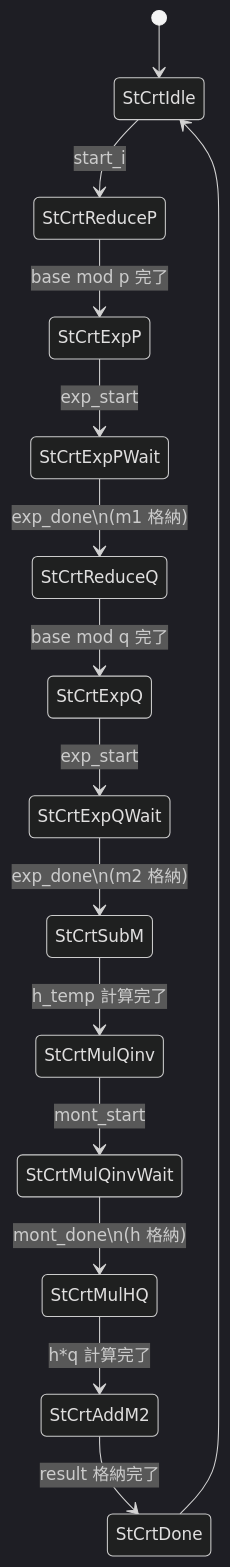
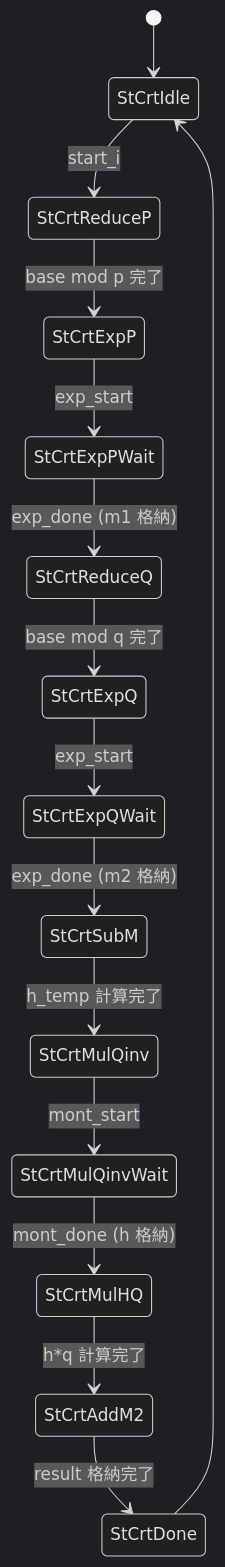
Before and after one commit to a2zime/rsa_2048: the seventh of 9 diagrams in docs/design_spec.md, drawn with Mermaid (dark theme). The commit also changed other lines of this file and 6 other files, not shown here.

First line of the commit message:
docs: レビュー指摘対応（§3.3/遷移条件カッコ/タイミング図修正/タイポ/状態遷移図）

````diff
--- a/docs/design_spec.md
+++ b/docs/design_spec.md
@@ -841,17 +845,17 @@
 ```mermaid
 stateDiagram-v2
     [*] --> StCrtIdle
     StCrtIdle --> StCrtReduceP : start_i
     StCrtReduceP --> StCrtExpP : base mod p 完了
     StCrtExpP --> StCrtExpPWait : exp_start
-    StCrtExpPWait --> StCrtReduceQ : exp_done\n(m1 格納)
+    StCrtExpPWait --> StCrtReduceQ : exp_done (m1 格納)
     StCrtReduceQ --> StCrtExpQ : base mod q 完了
     StCrtExpQ --> StCrtExpQWait : exp_start
-    StCrtExpQWait --> StCrtSubM : exp_done\n(m2 格納)
+    StCrtExpQWait --> StCrtSubM : exp_done (m2 格納)
     StCrtSubM --> StCrtMulQinv : h_temp 計算完了
     StCrtMulQinv --> StCrtMulQinvWait : mont_start
-    StCrtMulQinvWait --> StCrtMulHQ : mont_done\n(h 格納)
+    StCrtMulQinvWait --> StCrtMulHQ : mont_done (h 格納)
     StCrtMulHQ --> StCrtAddM2 : h*q 計算完了
     StCrtAddM2 --> StCrtDone : result 格納完了
     StCrtDone --> StCrtIdle
 ```
````
